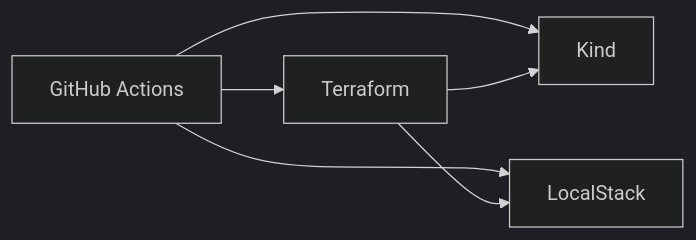
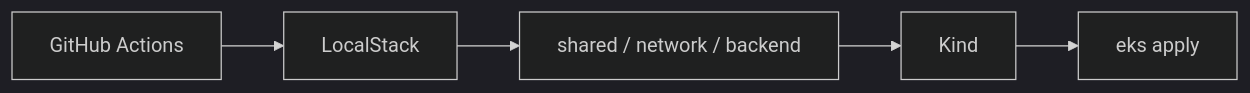
One commit to akmalsyrf/test-localstack-infra changed the diagram in README.md. Above: the diagram before and after it, drawn with Mermaid (dark theme). The commit also changed other lines of this file and 10 other files, not shown here.

````diff
--- a/README.md
+++ b/README.md
@@ -24,8 +27,7 @@
 ```mermaid
 flowchart LR
-  CI[GitHub Actions] --> Kind[Kind]
-  CI --> LS[LocalStack]
-  CI --> TF[Terraform]
-  TF --> LS
-  TF --> Kind
+  CI[GitHub Actions] --> LS[LocalStack]
+  LS --> Early[shared / network / backend]
+  Early --> Kind[Kind]
+  Kind --> EKS[eks apply]
 ```
````
